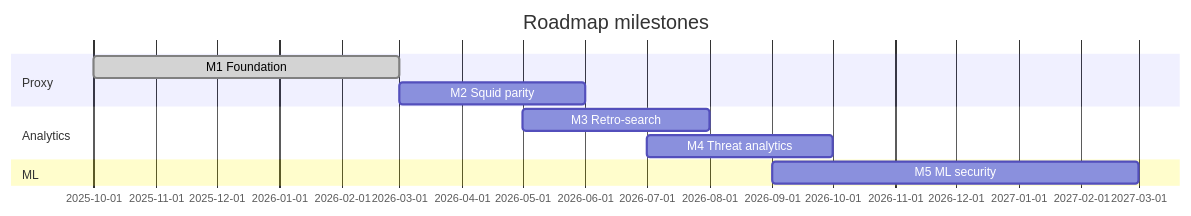
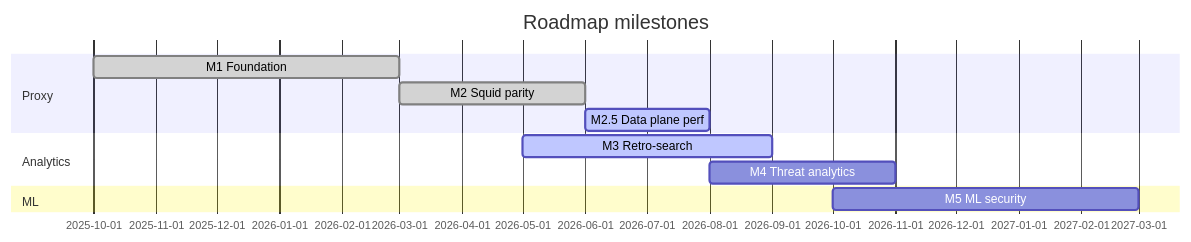
Before and after one commit to onixus/bsdm-proxy: the diagram in docs/roadmap.md, drawn with Mermaid. The commit also changed other lines of this file, not shown here.

Commit message:
docs: refresh roadmap — M2.5 data plane, M3 60%, ClickHouse, issue links

````diff
--- a/docs/roadmap.md
+++ b/docs/roadmap.md
@@ -29,13 +30,14 @@
 ```mermaid
 gantt
   title Roadmap milestones
   dateFormat YYYY-MM
   section Proxy
   M1 Foundation           :done, m1, 2025-10, 2026-03
-  M2 Squid parity         :m2, 2026-03, 2026-06
+  M2 Squid parity         :done, m2, 2026-03, 2026-06
+  M2.5 Data plane perf    :active, m25, 2026-06, 2026-08
   section Analytics
-  M3 Retro-search         :m3, 2026-05, 2026-08
-  M4 Threat analytics     :m4, 2026-07, 2026-10
+  M3 Retro-search         :active, m3, 2026-05, 2026-09
+  M4 Threat analytics     :m4, 2026-08, 2026-11
   section ML
-  M5 ML security          :m5, 2026-09, 2027-03
+  M5 ML security          :m5, 2026-10, 2027-03
 ```
````
